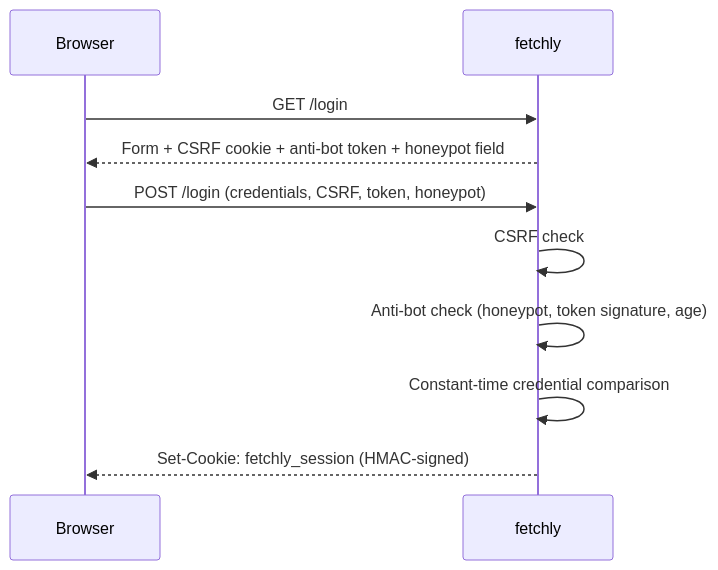
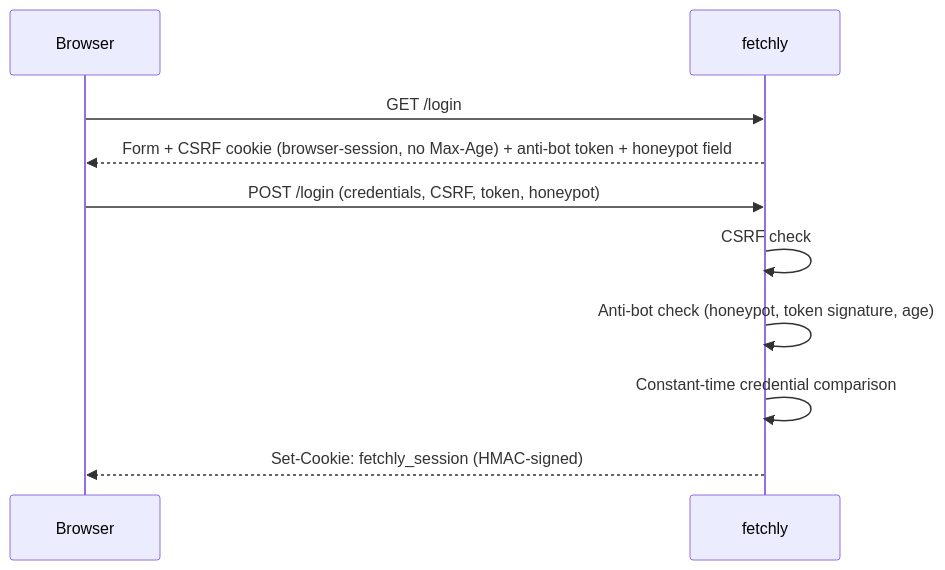
Before and after one commit to Gill-Bates/fetchly: the diagram in docs/security/authentication.md, drawn with Mermaid. The commit also changed other lines of this file and 87 other files, not shown here.

````diff
--- a/docs/security/authentication.md
+++ b/docs/security/authentication.md
@@ -57,12 +57,12 @@
 ```mermaid
 sequenceDiagram
     participant B as Browser
     participant F as fetchly
     B->>F: GET /login
-    F-->>B: Form + CSRF cookie + anti-bot token + honeypot field
+    F-->>B: Form + CSRF cookie (browser-session, no Max-Age) + anti-bot token + honeypot field
     B->>F: POST /login (credentials, CSRF, token, honeypot)
     F->>F: CSRF check
     F->>F: Anti-bot check (honeypot, token signature, age)
     F->>F: Constant-time credential comparison
     F-->>B: Set-Cookie: fetchly_session (HMAC-signed)
 ```
````
